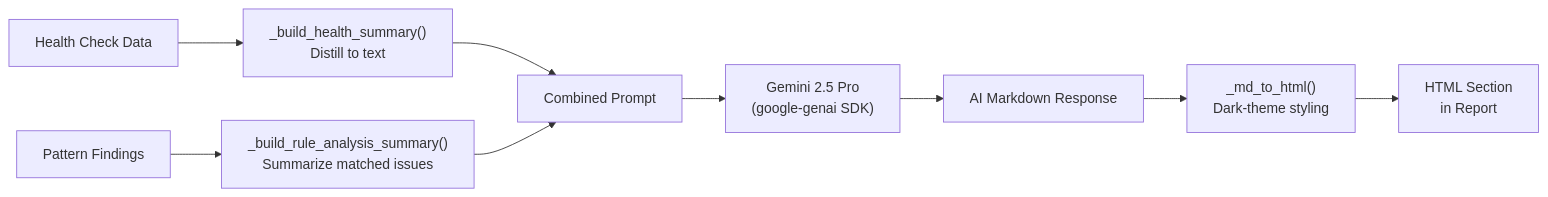
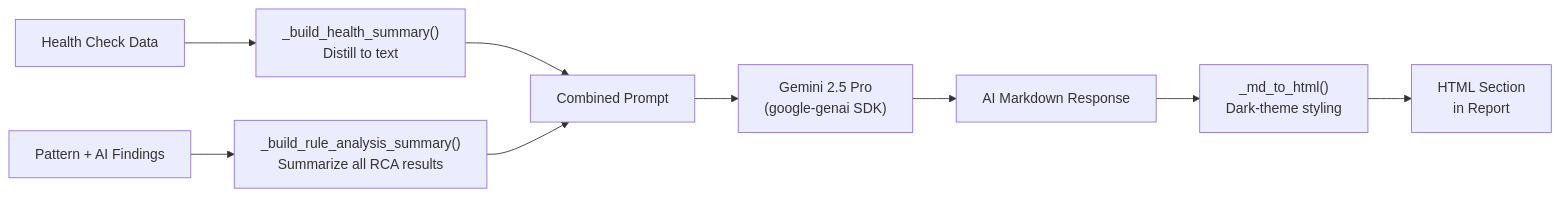
One commit to m0rdechai/ocp-health-crew changed the sixth of 9 diagrams in docs/ARCHITECTURE.md. Above: the diagram before and after it, drawn with Mermaid. The commit also changed other lines of this file and 11 other files, not shown here.

````diff
--- a/docs/ARCHITECTURE.md
+++ b/docs/ARCHITECTURE.md
@@ -204,11 +288,11 @@
 ```mermaid
 graph LR
     Data[Health Check Data] --> Summary["_build_health_summary()<br>Distill to text"]
-    Patterns[Pattern Findings] --> RuleSummary["_build_rule_analysis_summary()<br>Summarize matched issues"]
+    Patterns[Pattern + AI Findings] --> RuleSummary["_build_rule_analysis_summary()<br>Summarize all RCA results"]
     Summary --> Prompt[Combined Prompt]
     RuleSummary --> Prompt
     Prompt --> Gemini["Gemini 2.5 Pro<br>(google-genai SDK)"]
     Gemini --> Markdown[AI Markdown Response]
     Markdown --> Convert["_md_to_html()<br>Dark-theme styling"]
     Convert --> Section["HTML Section<br>in Report"]
 ```
````
